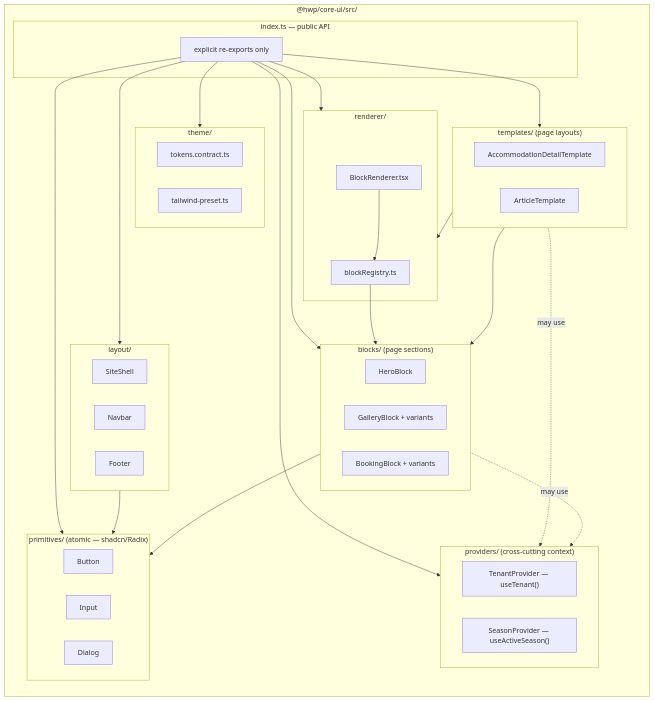
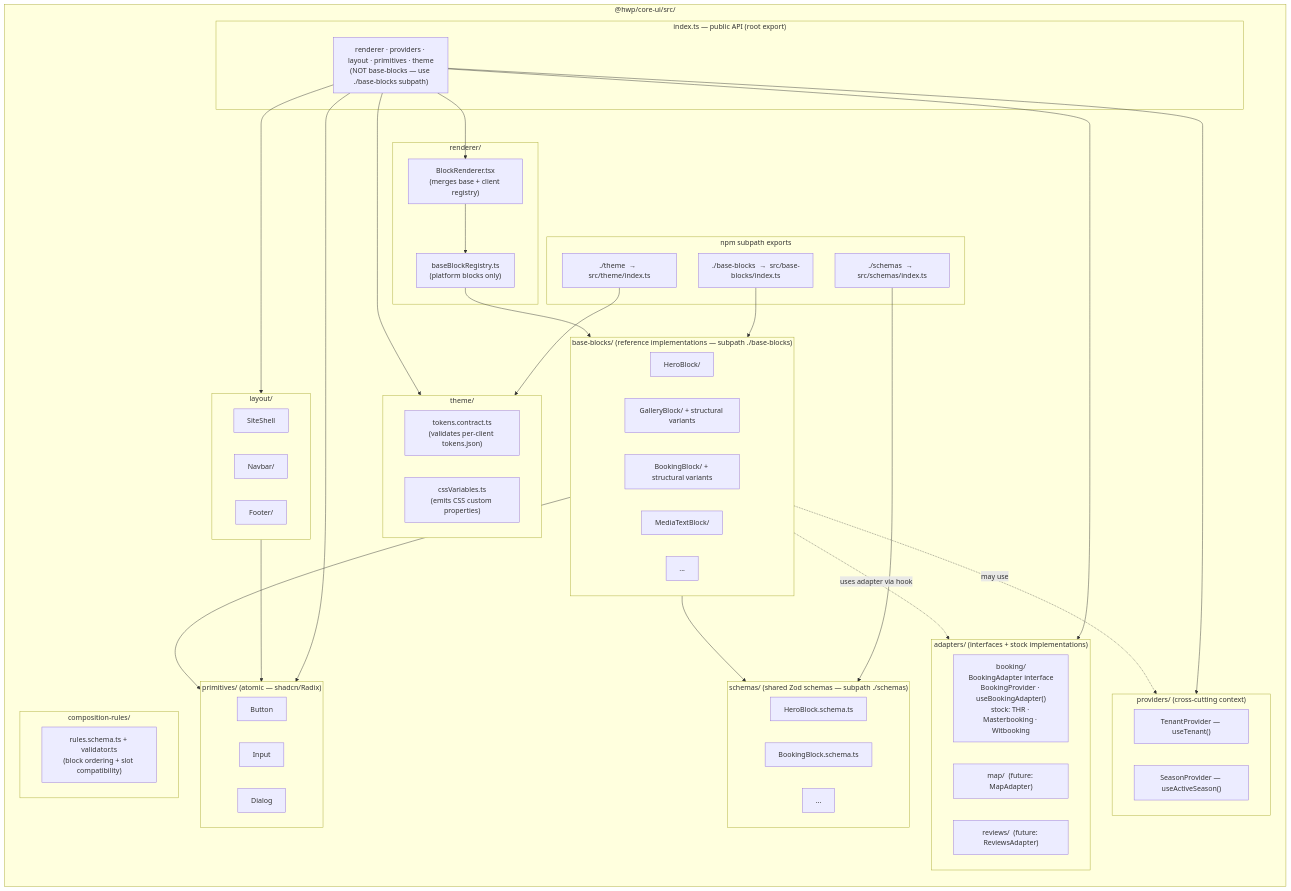
Before and after one commit to AD-Web-Headless-IA/hwe-tools: the diagram in docs/diagrams/core-ui-internal.md, drawn with Mermaid. The commit also changed other lines of this file and 7 other files, not shown here.

First line of the commit message:
docs(diagrams): update all diagrams for DEC-017 three-repo architecture

````diff
--- a/docs/diagrams/core-ui-internal.md
+++ b/docs/diagrams/core-ui-internal.md
@@ -9,18 +9,30 @@
   subgraph coreui["@hwp/core-ui/src/"]
     direction TB
 
-    subgraph public["index.ts — public API"]
-      api["explicit re-exports only"]
+    subgraph public["index.ts — public API (root export)"]
+      api["renderer · providers · layout · primitives · theme\n(NOT base-blocks — use ./base-blocks subpath)"]
+    end
+
+    subgraph subpaths["npm subpath exports"]
+      sp_blocks["./base-blocks  →  src/base-blocks/index.ts"]
+      sp_schemas["./schemas  →  src/schemas/index.ts"]
+      sp_theme["./theme  →  src/theme/index.ts"]
     end
 
     subgraph theme["theme/"]
-      tokens_contract["tokens.contract.ts"]
-      preset["tailwind-preset.ts"]
+      tokens_contract["tokens.contract.ts\n(validates per-client tokens.json)"]
+      css_vars["cssVariables.ts\n(emits CSS custom properties)"]
     end
 
     subgraph providers["providers/  (cross-cutting context)"]
       tenant["TenantProvider — useTenant()"]
       season["SeasonProvider — useActiveSeason()"]
+    end
+
+    subgraph adapters["adapters/  (interfaces + stock implementations)"]
+      booking_adapter["booking/\nBookingAdapter interface\nBookingProvider · useBookingAdapter()\nstock: THR · Masterbooking · Witbooking"]
+      map_adapter["map/  (future: MapAdapter)"]
+      reviews_adapter["reviews/  (future: ReviewsAdapter)"]
     end
 
     subgraph primitives["primitives/  (atomic — shadcn/Radix)"]
@@ -29,42 +41,50 @@
       dialog["Dialog"]
     end
 
-    subgraph blocks["blocks/  (page sections)"]
-      hero["HeroBlock"]
-      gallery["GalleryBlock + variants"]
-      booking["BookingBlock + variants"]
+    subgraph schemas["schemas/  (shared Zod schemas — subpath ./schemas)"]
+      s_hero["HeroBlock.schema.ts"]
+      s_booking["BookingBlock.schema.ts"]
+      s_etc["..."]
     end
 
-    subgraph templates["templates/  (page layouts)"]
-      accommodation["AccommodationDetailTemplate"]
-      article["ArticleTemplate"]
+    subgraph base_blocks["base-blocks/  (reference implementations — subpath ./base-blocks)"]
+      hero["HeroBlock/"]
+      gallery["GalleryBlock/ + structural variants"]
+      booking["BookingBlock/ + structural variants"]
+      media["MediaTextBlock/"]
+      etc_block["..."]
     end
 
     subgraph renderer["renderer/"]
-      registry["blockRegistry.ts"]
-      blockrenderer["BlockRenderer.tsx"]
+      registry["baseBlockRegistry.ts\n(platform blocks only)"]
+      blockrenderer["BlockRenderer.tsx\n(merges base + client registry)"]
     end
 
-    subgraph layout["layout/"]
+    subgraph layout_layer["layout/"]
       shell["SiteShell"]
-      navbar["Navbar"]
-      footer["Footer"]
+      navbar["Navbar/"]
+      footer["Footer/"]
+    end
+
+    subgraph composition_rules["composition-rules/"]
+      rules["rules.schema.ts + validator.ts\n(block ordering + slot compatibility)"]
     end
   end
 
-  blocks --> primitives
-  templates --> blocks
-  templates --> renderer
+  base_blocks --> primitives
+  base_blocks --> schemas
+  base_blocks -.uses adapter via hook.-> adapters
   blockrenderer --> registry
-  registry --> blocks
-  blocks -.may use.-> providers
-  templates -.may use.-> providers
-  layout --> primitives
-  api --> blocks
-  api --> templates
+  registry --> base_blocks
+  base_blocks -.may use.-> providers
+  layout_layer --> primitives
+  api --> blockrenderer
+  api --> providers
+  api --> layout_layer
   api --> primitives
-  api --> layout
-  api --> providers
-  api --> renderer
   api --> theme
+  api --> adapters
+  sp_blocks --> base_blocks
+  sp_schemas --> schemas
+  sp_theme --> theme
 ```
````
